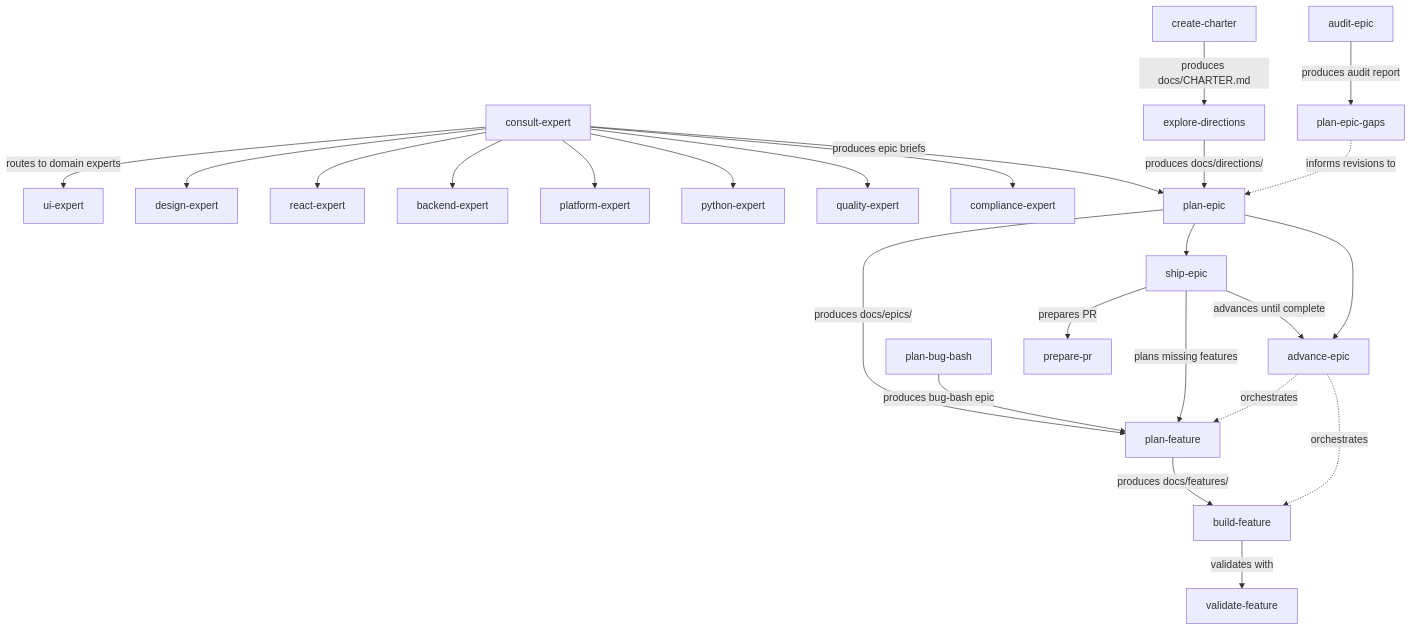
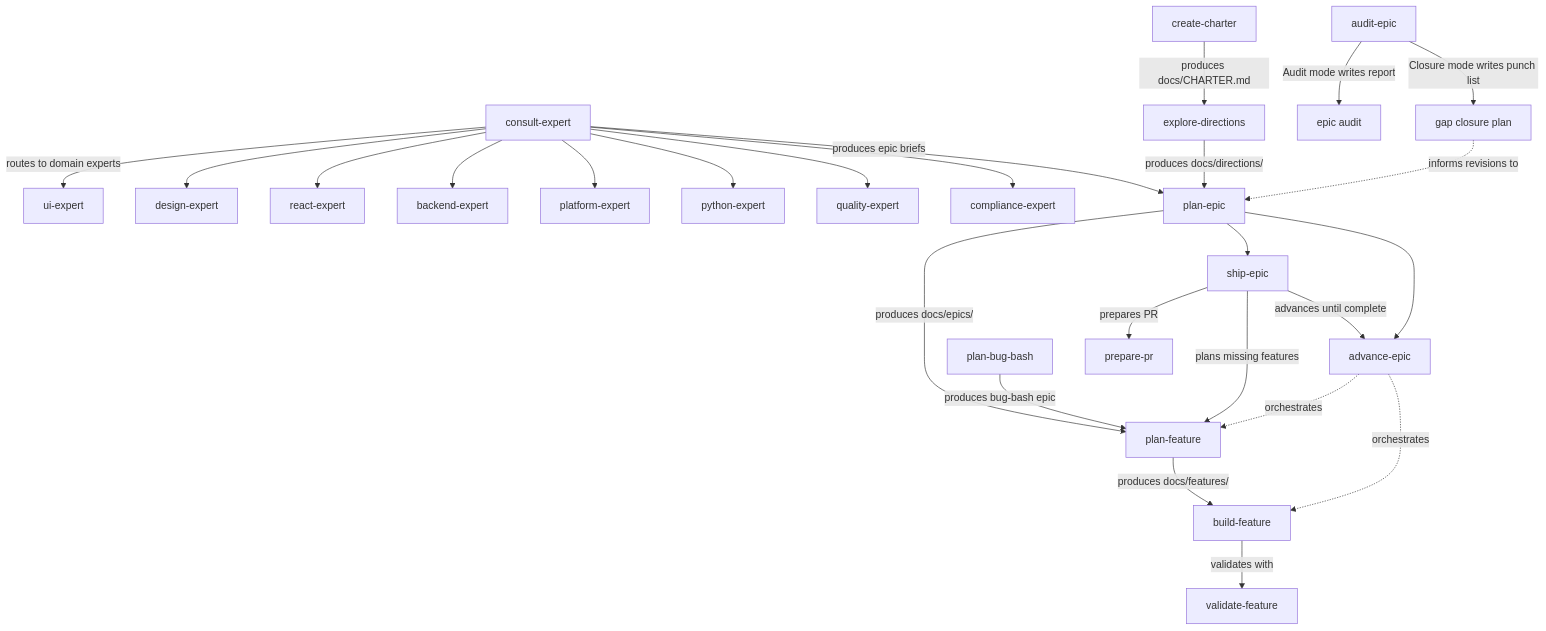
The second of 14 diagrams in README.md (pnewsam/skills), drawn with Mermaid before and after one commit. The commit also changed other lines of this file and 82 other files, not shown here.

````diff
--- a/README.md
+++ b/README.md
@@ -107,27 +113,28 @@
 ```mermaid
 flowchart TD
     CE[consult-expert] -->|routes to domain experts| UE[ui-expert]
     CE --> DX[design-expert]
     CE --> RE[react-expert]
     CE --> BE[backend-expert]
     CE --> PL[platform-expert]
     CE --> PY[python-expert]
     CE --> QE[quality-expert]
     CE --> CX[compliance-expert]
     CE -->|produces epic briefs| PE
     CC[create-charter] -->|produces docs/CHARTER.md| ED[explore-directions]
     ED -->|produces docs/directions/| PE[plan-epic]
     PE -->|produces docs/epics/| PF[plan-feature]
     PBB[plan-bug-bash] -->|produces bug-bash epic| PF
     PE --> SP[ship-epic]
     SP -->|plans missing features| PF
     SP -->|advances until complete| AE
     SP -->|prepares PR| PPR[prepare-pr]
     PF -->|produces docs/features/| BF[build-feature]
     BF -->|validates with| VF[validate-feature]
     PE --> AE[advance-epic]
     AE -.->|orchestrates| PF
     AE -.->|orchestrates| BF
-    AE2[audit-epic] -->|produces audit report| PEG[plan-epic-gaps]
-    PEG -.->|informs revisions to| PE
+    AE2[audit-epic] -->|Audit mode writes report| AR[epic audit]
+    AE2 -->|Closure mode writes punch list| GC[gap closure plan]
+    GC -.->|informs revisions to| PE
 ```
````
